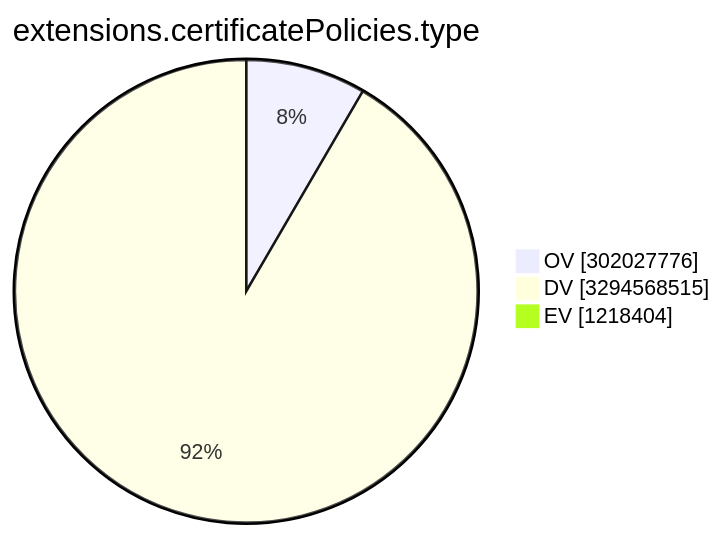
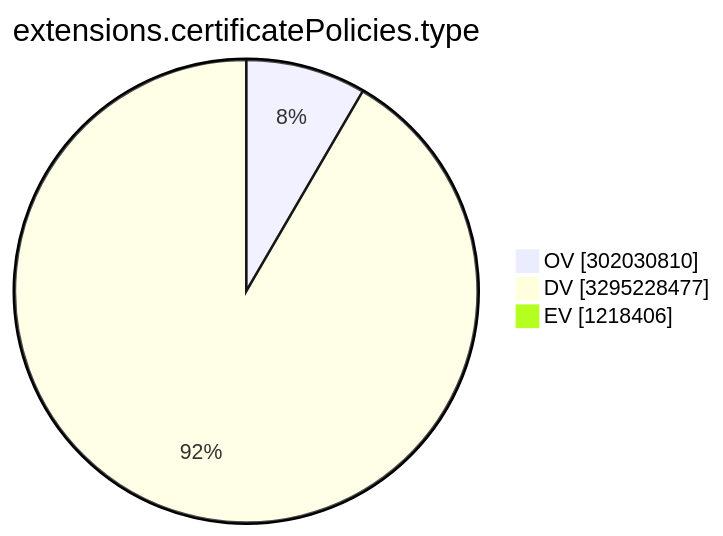
One commit to christiankrug/ctmonitor_visualization changed the ninth of 15 diagrams in TOTAL/README.md. Above: the diagram before and after it, drawn with Mermaid. The commit also changed other lines of this file, not shown here.

````diff
--- a/TOTAL/README.md
+++ b/TOTAL/README.md
@@ -3107,7 +3107,7 @@
 ```mermaid
 pie showData
 title extensions.certificatePolicies.type
-"OV" :302027776
-"DV" :3294568515
-"EV" :1218404
+"OV" :302030810
+"DV" :3295228477
+"EV" :1218406
 ```
````
